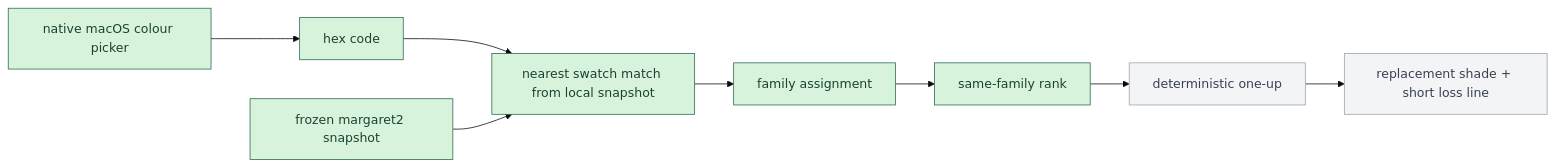
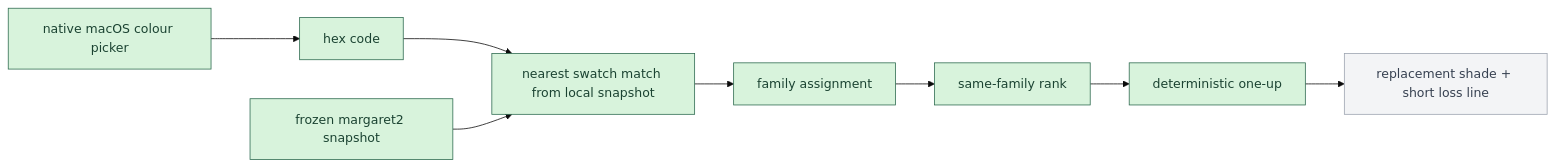
The diagram in docs/diagrams/PIPELINE.md (tryskian/huemiliator), drawn with Mermaid (base theme) before and after one commit. The commit also changed other lines of this file and 12 other files, not shown here.

````diff
--- a/docs/diagrams/PIPELINE.md
+++ b/docs/diagrams/PIPELINE.md
@@ -9,19 +9,19 @@
 ```mermaid
 flowchart LR
   A["native macOS colour picker"]
   B["hex code"]
   S["frozen margaret2 snapshot"]
   C["nearest swatch match from local snapshot"]
   D["family assignment"]
   E["same-family rank"]
   F["deterministic one-up"]
   G["replacement shade + short loss line"]
 
   A --> B --> C --> D --> E --> F --> G
   S --> C
 
   classDef implemented fill:#d8f3dc,stroke:#2d6a4f,color:#1b4332
   classDef pending fill:#f3f4f6,stroke:#9ca3af,color:#374151
-  class A,B,S,C,D,E implemented
-  class F,G pending
+  class A,B,S,C,D,E,F implemented
+  class G pending
 ```
````
